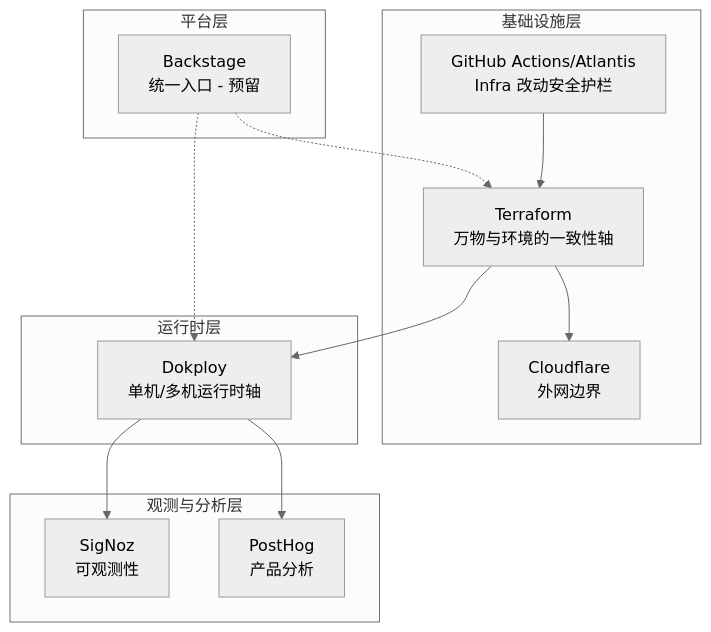
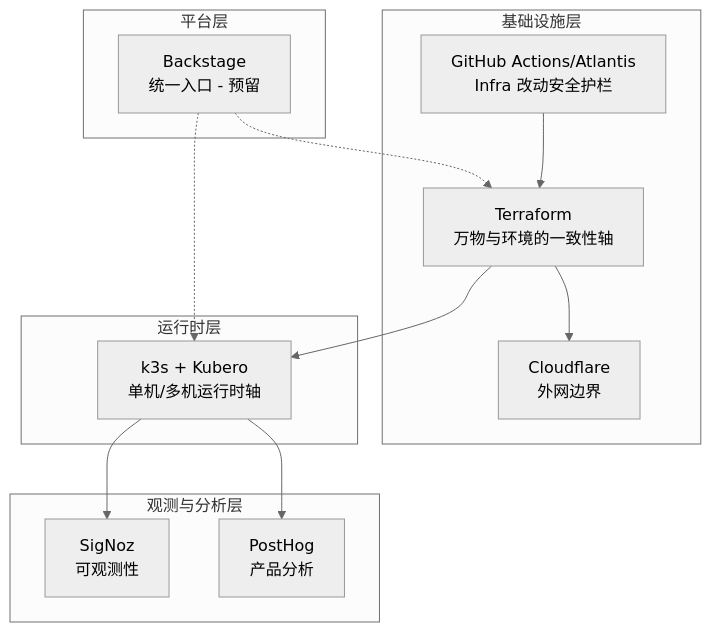
The second of 2 diagrams in docs/origin/BRN-004.dev_test_prod_design.md (wangzitian0/PEG-scaner), drawn with Mermaid (neutral theme) before and after one commit. The commit also changed other lines of this file and 9 other files, not shown here.

````diff
--- a/docs/origin/BRN-004.dev_test_prod_design.md
+++ b/docs/origin/BRN-004.dev_test_prod_design.md
@@ -268,29 +271,29 @@
 ```mermaid
 graph TB
     subgraph 基础设施层
         TF[Terraform<br/>万物与环境的一致性轴]
         CF[Cloudflare<br/>外网边界]
         GA[GitHub Actions/Atlantis<br/>Infra 改动安全护栏]
     end
     
     subgraph 运行时层
-        DK[Dokploy<br/>单机/多机运行时轴]
+        KB[k3s + Kubero<br/>单机/多机运行时轴]
     end
     
     subgraph 观测与分析层
         SN[SigNoz<br/>可观测性]
         PH[PostHog<br/>产品分析]
     end
     
     subgraph 平台层
         BS[Backstage<br/>统一入口 - 预留]
     end
     
-    TF --> DK
+    TF --> KB
     TF --> CF
     GA --> TF
-    DK --> SN
-    DK --> PH
+    KB --> SN
+    KB --> PH
     BS -.-> TF
-    BS -.-> DK
+    BS -.-> KB
 ```
````
